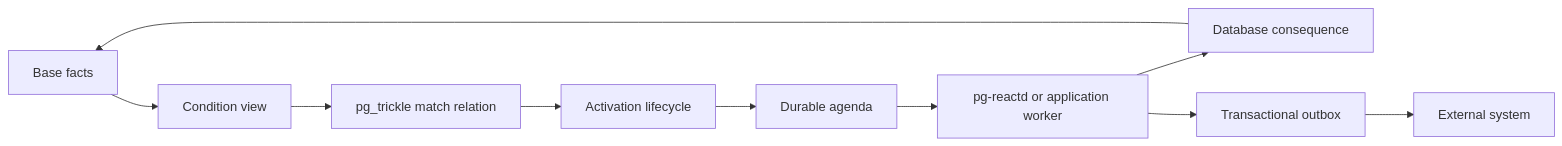
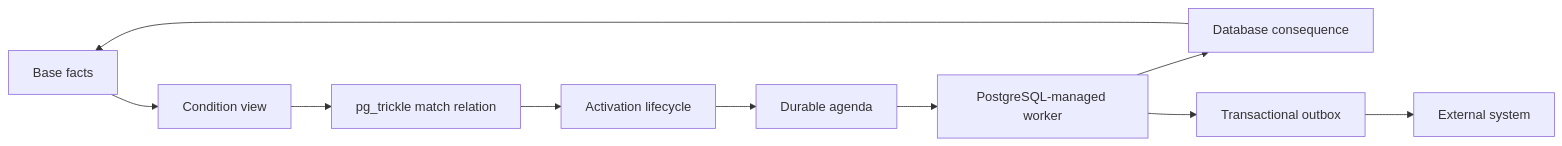
One commit to trickle-labs/pg-react changed the diagram in README.md. Above: the diagram before and after it, drawn with Mermaid. The commit also changed other lines of this file and 53 other files, not shown here.

````diff
--- a/README.md
+++ b/README.md
@@ -127,12 +125,12 @@
 ```mermaid
 flowchart LR
     F[Base facts] --> V[Condition view]
     V --> T[pg_trickle match relation]
     T --> A[Activation lifecycle]
     A --> Q[Durable agenda]
-    Q --> W[pg-reactd or application worker]
+    Q --> W[PostgreSQL-managed worker]
     W --> D[Database consequence]
     W --> O[Transactional outbox]
     D --> F
     O --> X[External system]
 ```
````
